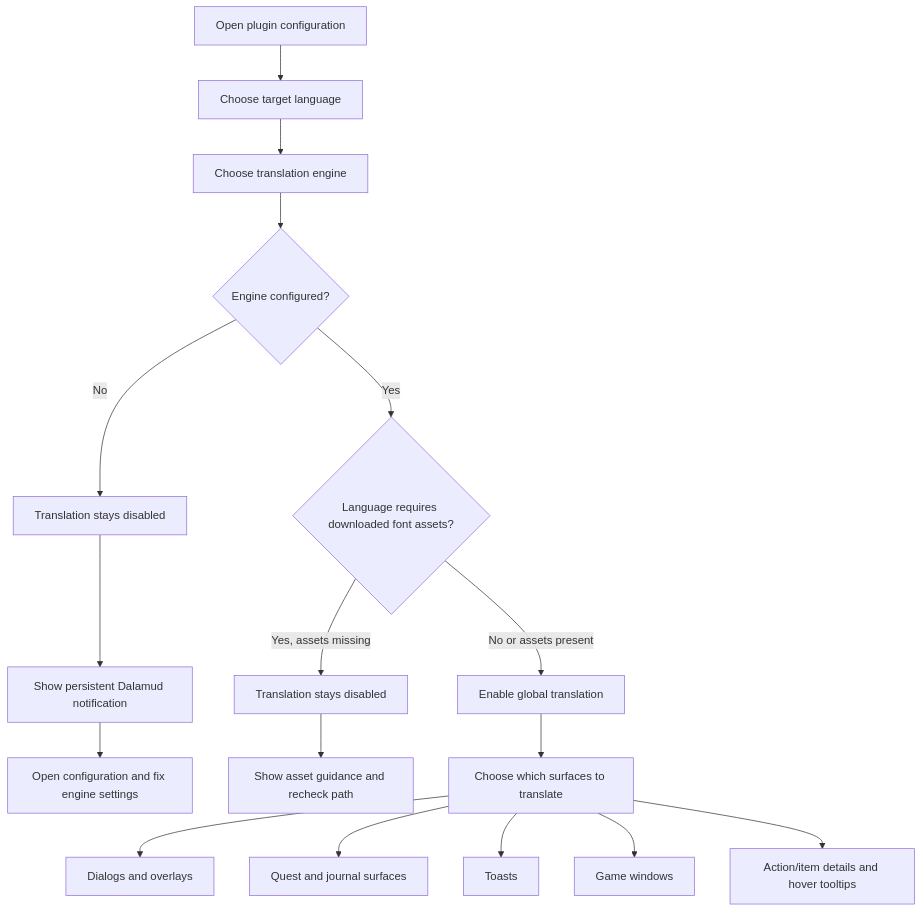
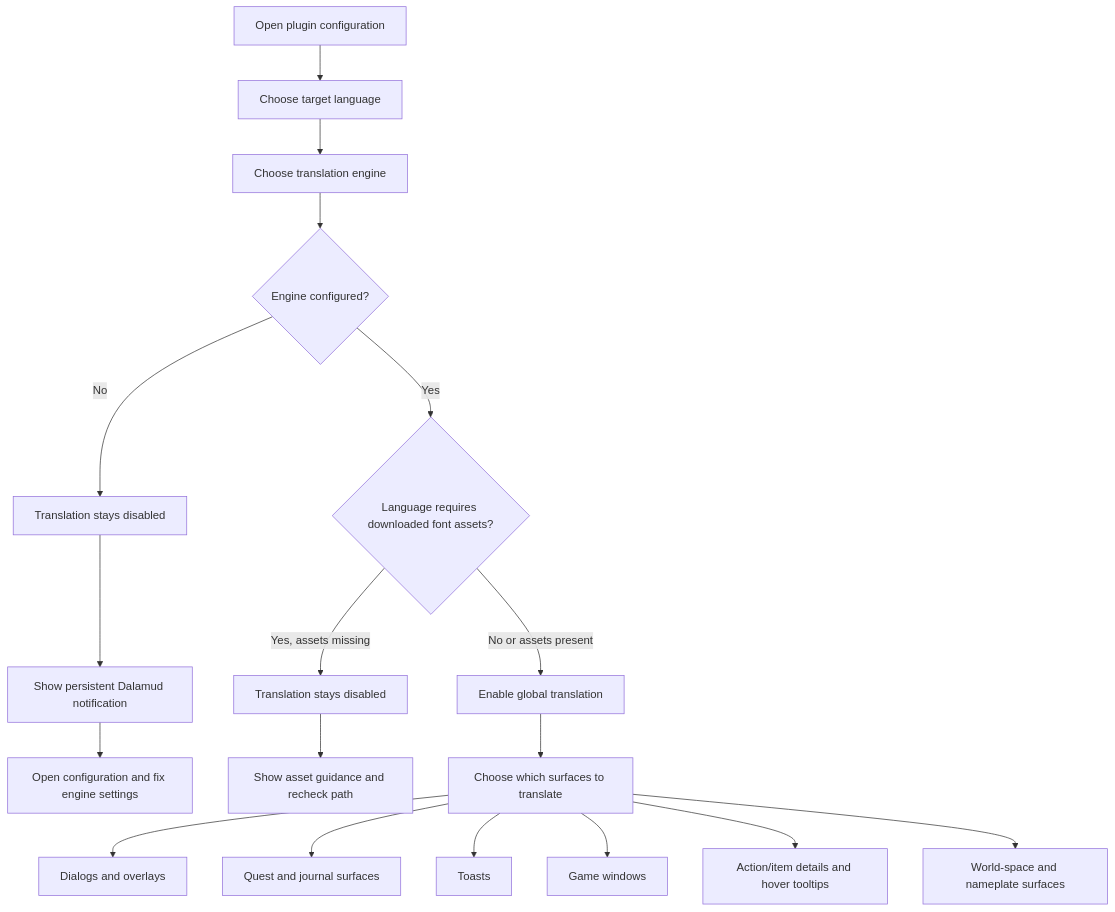
Before and after one commit to lokinmodar/Echoglossian: the diagram in docs/translation-surface-support-matrix.md, drawn with Mermaid. The commit also changed other lines of this file and 6 other files, not shown here.

Commit message:
docs(runtime): refresh internal flow references

````diff
--- a/docs/translation-surface-support-matrix.md
+++ b/docs/translation-surface-support-matrix.md
@@ -16,19 +16,20 @@
 ```mermaid
 flowchart TD
     A[Open plugin configuration] --> B[Choose target language]
     B --> C[Choose translation engine]
     C --> D{Engine configured?}
     D -- No --> E[Translation stays disabled]
     E --> E1[Show persistent Dalamud notification]
     E1 --> E2[Open configuration and fix engine settings]
     D -- Yes --> F{Language requires downloaded font assets?}
     F -- Yes, assets missing --> G[Translation stays disabled]
     G --> G1[Show asset guidance and recheck path]
     F -- No or assets present --> H[Enable global translation]
     H --> I[Choose which surfaces to translate]
     I --> J[Dialogs and overlays]
     I --> K[Quest and journal surfaces]
     I --> L[Toasts]
     I --> M[Game windows]
     I --> N[Action/item details and hover tooltips]
+    I --> O[World-space and nameplate surfaces]
 ```
````
